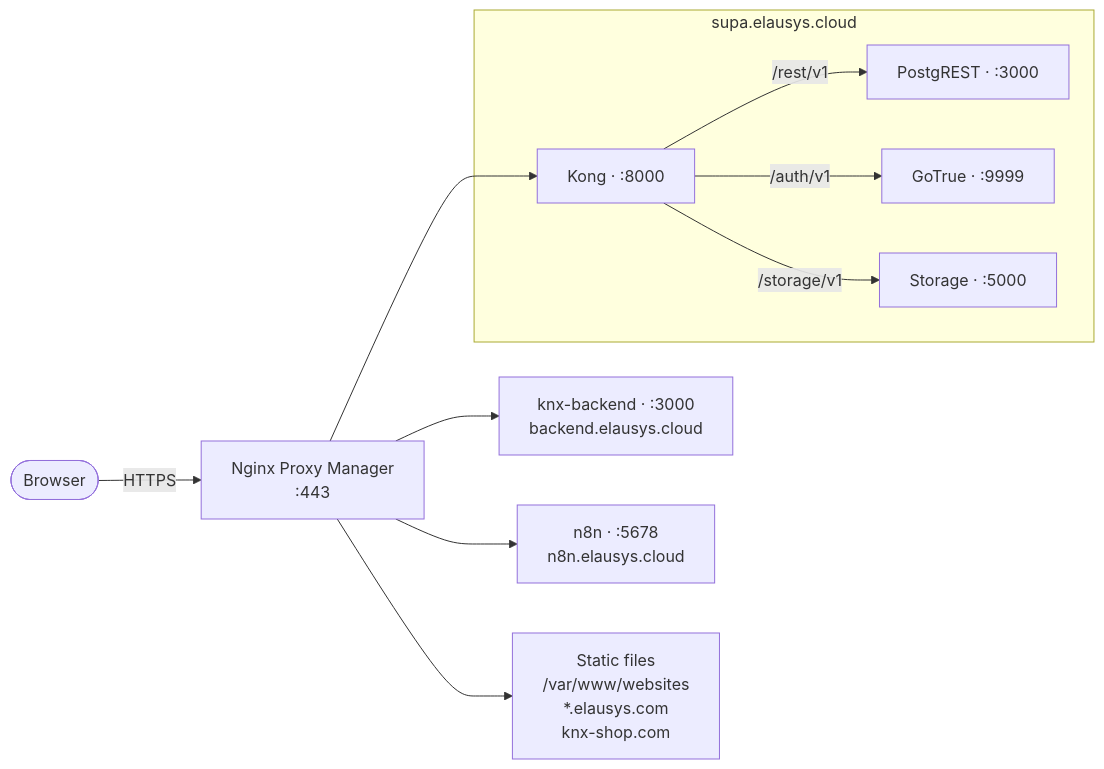
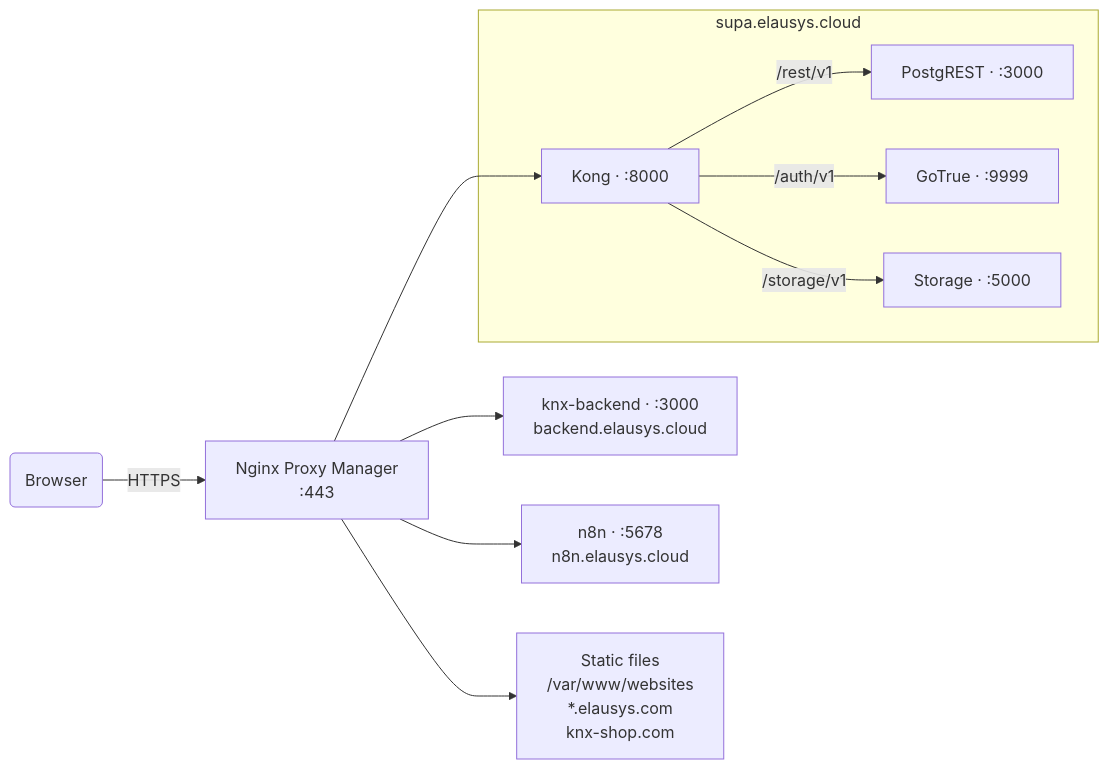
The diagram in diagrams/elausys-request-flow.mmd (Gillian-Delvigne/gilliandelvigne.be), drawn with Mermaid before and after one commit. The commit also changed 5 other files, not shown here.

Commit message:
[IMP] diagrams: theme the SVG with the site's CSS variables

```diff
--- a/diagrams/elausys-request-flow.mmd
+++ b/diagrams/elausys-request-flow.mmd
@@ -1,26 +1,26 @@
 flowchart LR
     accTitle: Request routing
     accDescr: Nginx Proxy Manager receives every HTTPS request and routes it by hostname: Supabase through Kong, the Express API, n8n, or the static files of the four sites.
 
-    B(["Browser"])
+    B("Browser")
     NPM["Nginx Proxy Manager<br/>:443"]
 
     subgraph SUPA["supa.elausys.cloud"]
         KONG["Kong · :8000"]
         REST["PostgREST · :3000"]
         AUTH["GoTrue · :9999"]
         STORAGE["Storage · :5000"]
     end
 
     BE["knx-backend · :3000<br/>backend.elausys.cloud"]
     N8N["n8n · :5678<br/>n8n.elausys.cloud"]
     STATIC["Static files<br/>/var/www/websites<br/>*.elausys.com<br/>knx-shop.com"]
 
     B -->|HTTPS| NPM
     NPM --> KONG
     NPM --> BE
     NPM --> N8N
     NPM --> STATIC
     KONG -->|"/rest/v1"| REST
     KONG -->|"/auth/v1"| AUTH
     KONG -->|"/storage/v1"| STORAGE
```
